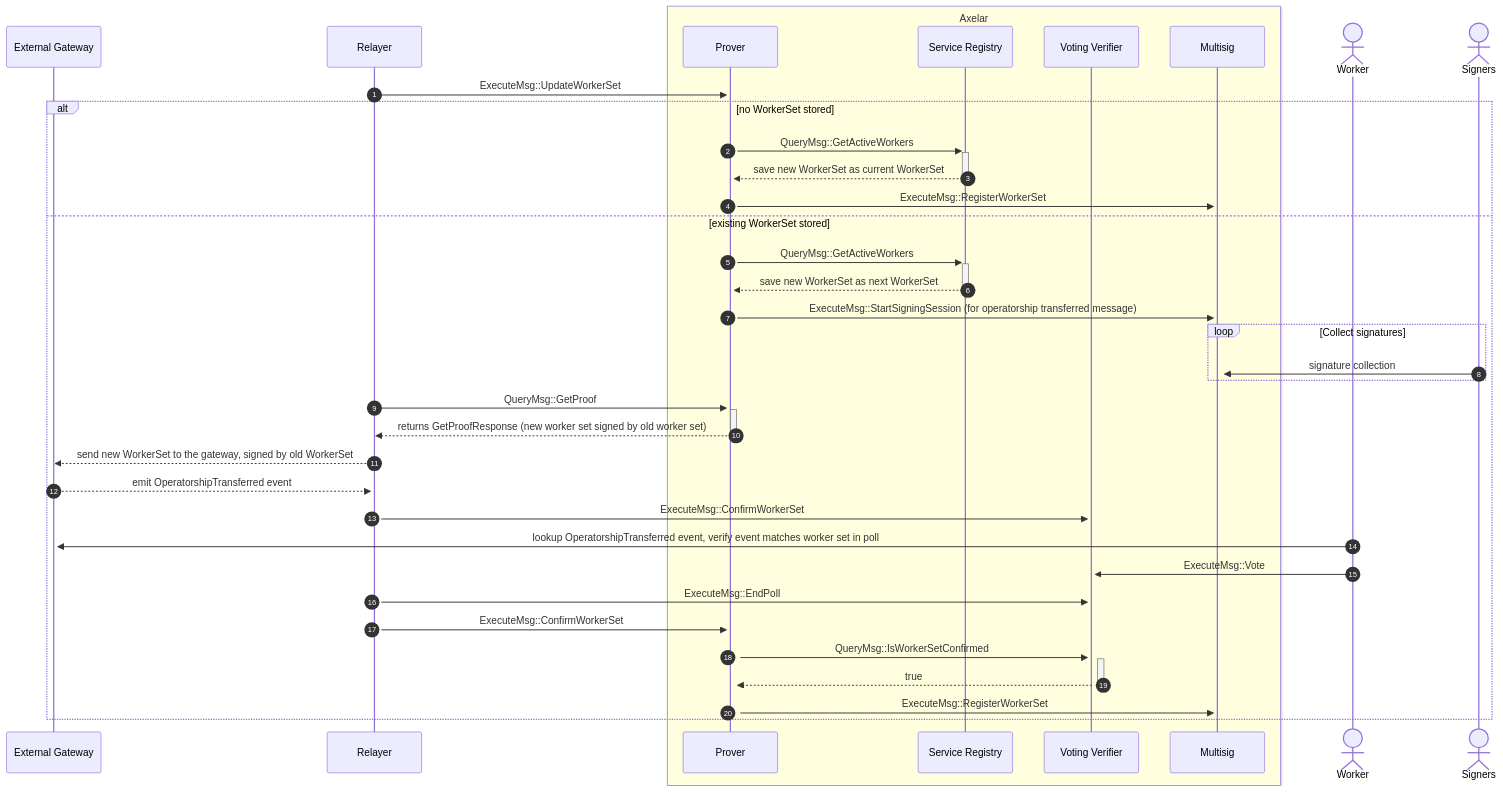
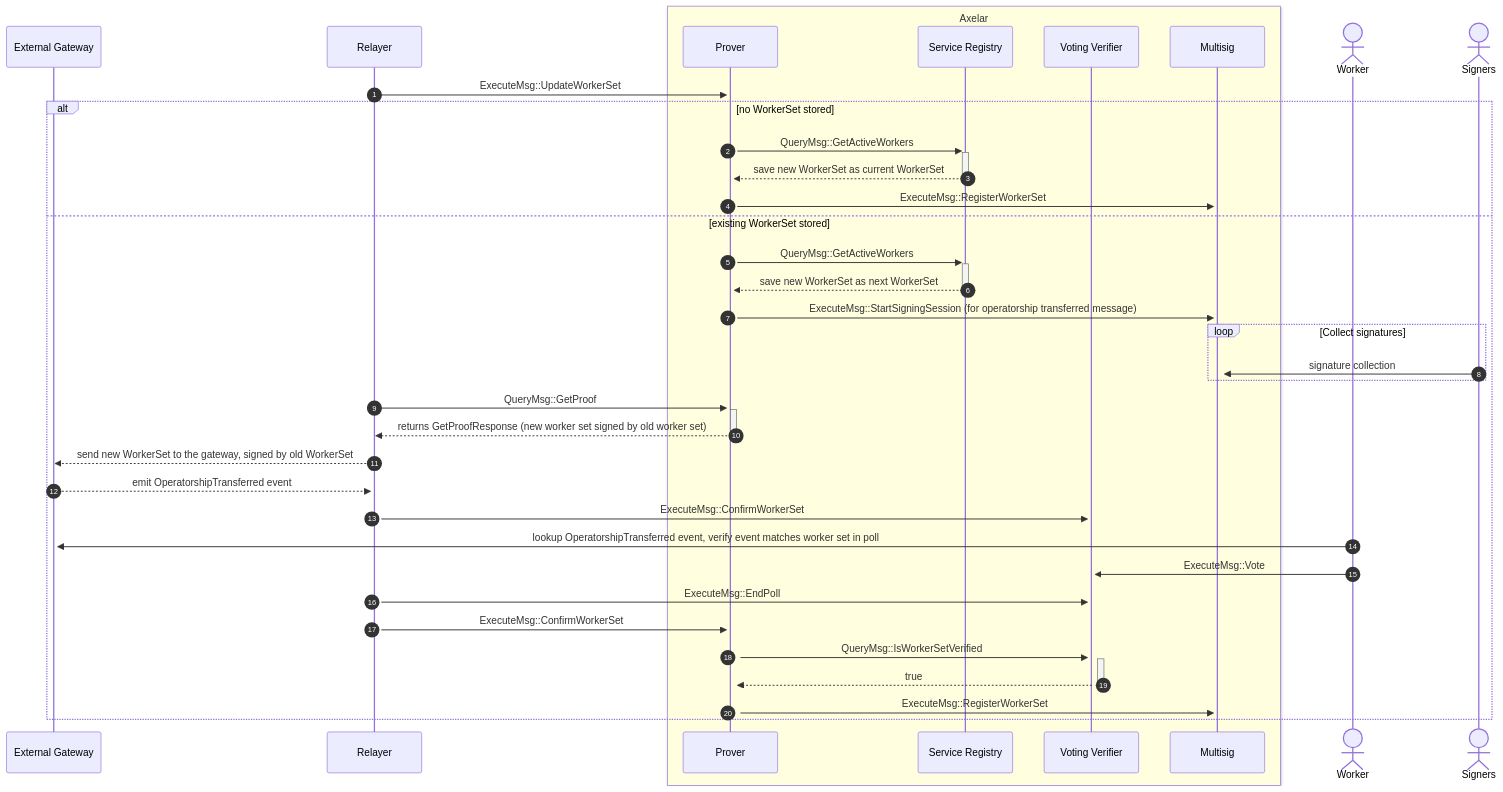
Before and after one commit to axelarnetwork/axelar-amplifier: the fourth of 4 diagrams in doc/src/contracts/multisig_prover.md, drawn with Mermaid. The commit also changed other lines of this file and 5 other files, not shown here.

Commit message:
rename to `QueryMsg::IsWorkerSetVerified`

````diff
--- a/doc/src/contracts/multisig_prover.md
+++ b/doc/src/contracts/multisig_prover.md
@@ -152,39 +150,39 @@
 ```mermaid
 sequenceDiagram
 autonumber
 participant External Gateway
 participant Relayer
 box LightYellow Axelar
 participant Prover
 participant Service Registry
 participant Voting Verifier
 participant Multisig
 end
 actor Worker
 actor Signers
 Relayer->>+Prover: ExecuteMsg::UpdateWorkerSet
 alt no WorkerSet stored
   Prover->>+Service Registry: QueryMsg::GetActiveWorkers
   Service Registry-->>-Prover: save new WorkerSet as current WorkerSet
   Prover->>+Multisig: ExecuteMsg::RegisterWorkerSet
 else existing WorkerSet stored
   Prover->>+Service Registry: QueryMsg::GetActiveWorkers
   Service Registry-->>-Prover: save new WorkerSet as next WorkerSet
   Prover->>+Multisig: ExecuteMsg::StartSigningSession (for operatorship transferred message)
   loop Collect signatures
 	  Signers->>+Multisig: signature collection
   end
   Relayer->>+Prover: QueryMsg::GetProof
   Prover-->>-Relayer: returns GetProofResponse (new worker set signed by old worker set)
   Relayer-->>External Gateway: send new WorkerSet to the gateway, signed by old WorkerSet
   External Gateway-->>+Relayer: emit OperatorshipTransferred event
   Relayer->>+Voting Verifier: ExecuteMsg::ConfirmWorkerSet
   Worker->>+External Gateway: lookup OperatorshipTransferred event, verify event matches worker set in poll
   Worker->>+Voting Verifier: ExecuteMsg::Vote
   Relayer->>+Voting Verifier: ExecuteMsg::EndPoll
   Relayer->>+Prover: ExecuteMsg::ConfirmWorkerSet
-  Prover->>+Voting Verifier: QueryMsg::IsWorkerSetConfirmed
+  Prover->>+Voting Verifier: QueryMsg::IsWorkerSetVerified
   Voting Verifier-->>-Prover: true
   Prover->>+Multisig: ExecuteMsg::RegisterWorkerSet
 end
 ```
````
